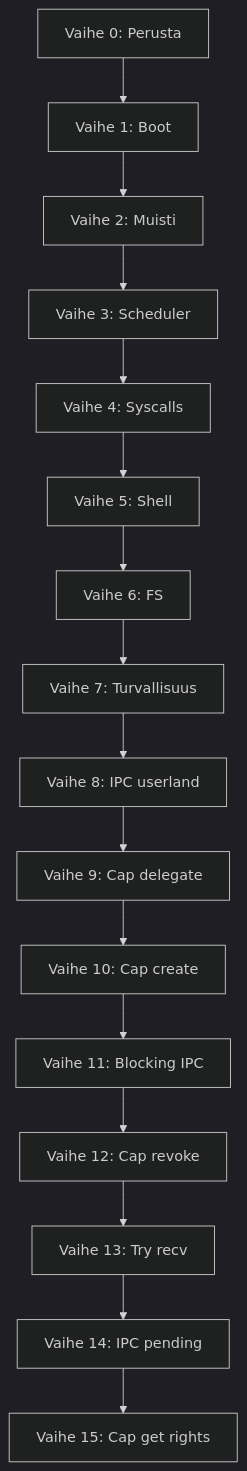
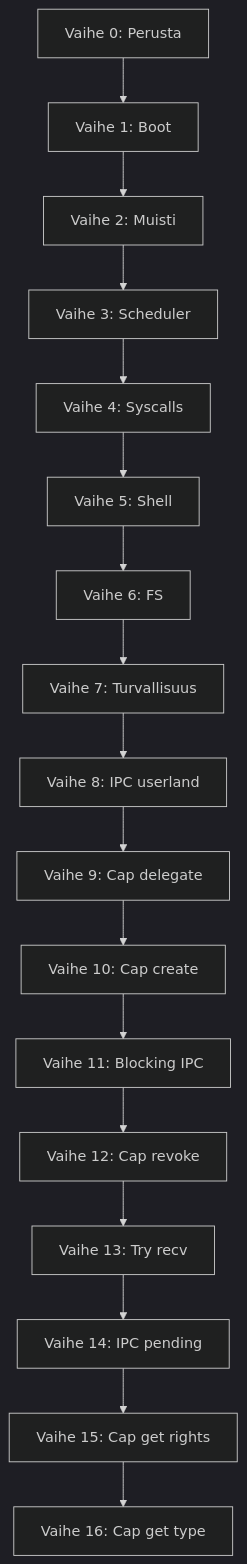
The diagram in docs/ROADMAP.md (Mikko-Huuskonen-Pro/Zinux), drawn with Mermaid (dark theme) before and after one commit. The commit also changed other lines of this file and 16 other files, not shown here.

First line of the commit message:
Phase 16: sys_cap_get_type and port cleanup on revoke

````diff
--- a/docs/ROADMAP.md
+++ b/docs/ROADMAP.md
@@ -282,18 +299,19 @@
 ```mermaid
 graph TD
     V0[Vaihe 0: Perusta] --> V1[Vaihe 1: Boot]
     V1 --> V2[Vaihe 2: Muisti]
     V2 --> V3[Vaihe 3: Scheduler]
     V3 --> V4[Vaihe 4: Syscalls]
     V4 --> V5[Vaihe 5: Shell]
     V5 --> V6[Vaihe 6: FS]
     V6 --> V7[Vaihe 7: Turvallisuus]
     V7 --> V8[Vaihe 8: IPC userland]
     V8 --> V9[Vaihe 9: Cap delegate]
     V9 --> V10[Vaihe 10: Cap create]
     V10 --> V11[Vaihe 11: Blocking IPC]
     V11 --> V12[Vaihe 12: Cap revoke]
     V12 --> V13[Vaihe 13: Try recv]
     V13 --> V14[Vaihe 14: IPC pending]
     V14 --> V15[Vaihe 15: Cap get rights]
+    V15 --> V16[Vaihe 16: Cap get type]
 ```
````
